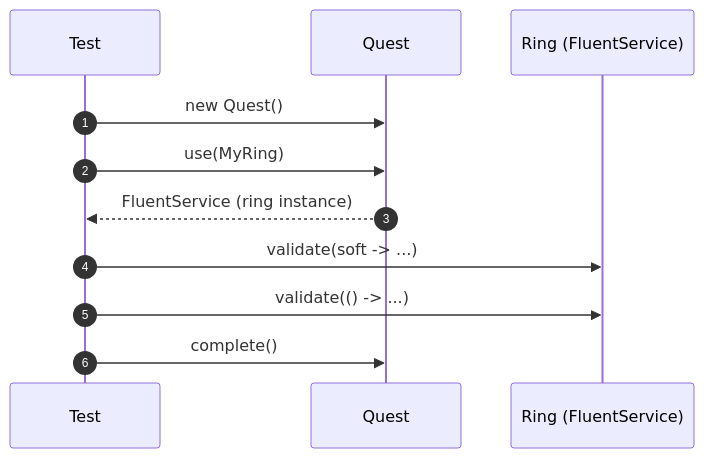
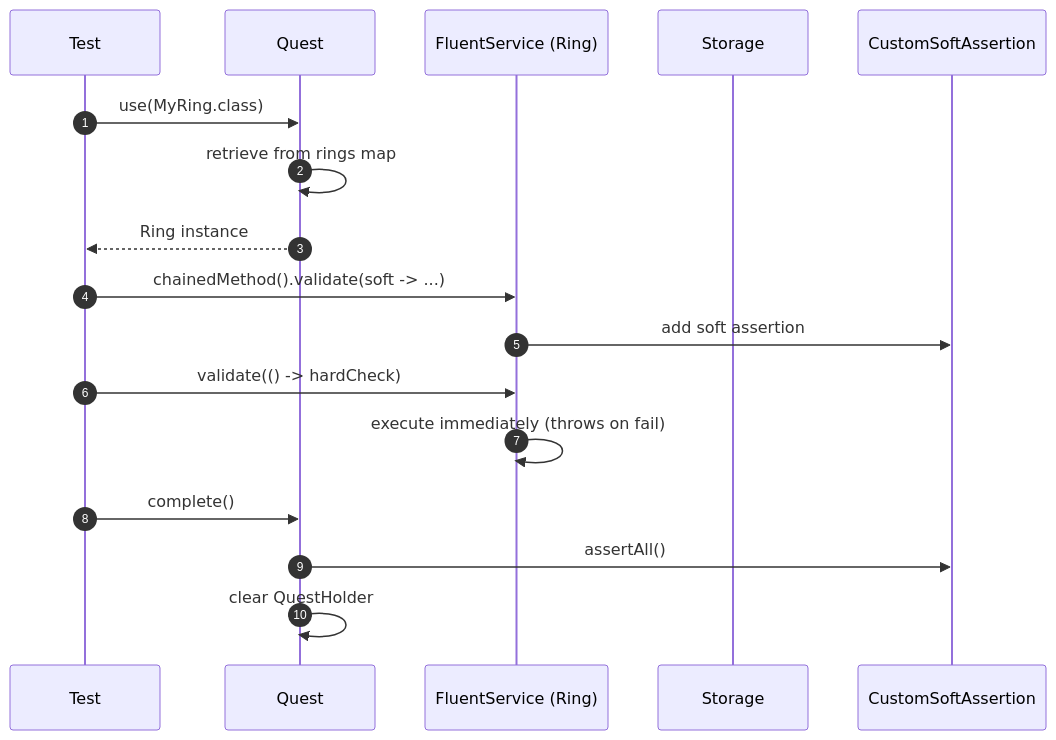
Before and after one commit to CyborgCodeSyndicate/roa-libraries: the second of 3 diagrams in test-framework/README.md, drawn with Mermaid. The commit also changed other lines of this file, not shown here.

````diff
--- a/test-framework/README.md
+++ b/test-framework/README.md
@@ -238,14 +166,20 @@
 ```mermaid
 sequenceDiagram
-  autonumber
-  participant T as Test
-  participant Q as Quest
-  participant R as Ring (FluentService)
+    autonumber
+    participant Test
+    participant Quest
+    participant Ring as FluentService (Ring)
+    participant Storage
+    participant SoftAssert as CustomSoftAssertion
 
-  T->>Q: new Quest()
-  T->>Q: use(MyRing)
-  Q-->>T: FluentService (ring instance)
-  T->>R: validate(soft -> ...)
-  T->>R: validate(() -> ...)
-  T->>Q: complete()
+    Test->>Quest: use(MyRing.class)
+    Quest->>Quest: retrieve from rings map
+    Quest-->>Test: Ring instance
+    Test->>Ring: chainedMethod().validate(soft -> ...)
+    Ring->>SoftAssert: add soft assertion
+    Test->>Ring: validate(() -> hardCheck)
+    Ring->>Ring: execute immediately (throws on fail)
+    Test->>Quest: complete()
+    Quest->>SoftAssert: assertAll()
+    Quest->>Quest: clear QuestHolder
 ```
````
